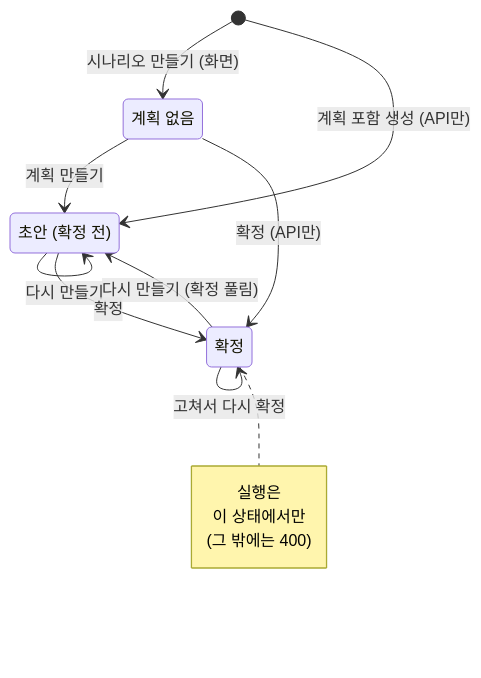
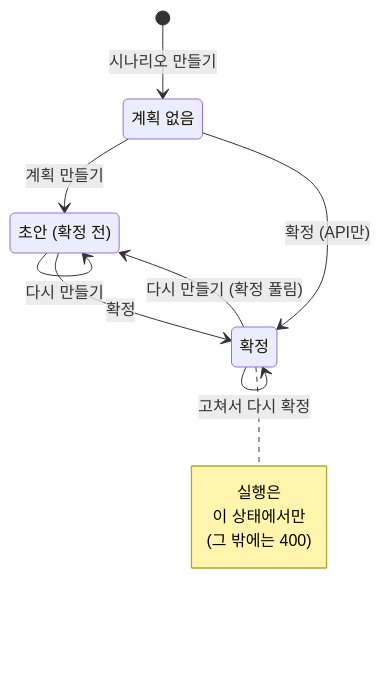
Before and after one commit to hailey-03/agentfence: the third of 3 diagrams in docs/sequence/README.md, drawn with Mermaid. The commit also changed other lines of this file and 3 other files, not shown here.

````diff
--- a/docs/sequence/README.md
+++ b/docs/sequence/README.md
@@ -151,21 +151,20 @@
 ```mermaid
 stateDiagram-v2
     state "계획 없음" as NONE
     state "초안 (확정 전)" as DRAFT
     state "확정" as CONFIRMED
 
-    [*] --> NONE: 시나리오 만들기 (화면)
-    [*] --> DRAFT: 계획 포함 생성 (API만)
+    [*] --> NONE: 시나리오 만들기
     NONE --> DRAFT: 계획 만들기
     DRAFT --> DRAFT: 다시 만들기
     DRAFT --> CONFIRMED: 확정
     NONE --> CONFIRMED: 확정 (API만)
     CONFIRMED --> CONFIRMED: 고쳐서 다시 확정
     CONFIRMED --> DRAFT: 다시 만들기 (확정 풀림)
 
     note right of CONFIRMED
         실행은
         이 상태에서만
         (그 밖에는 400)
     end note
 ```
````
